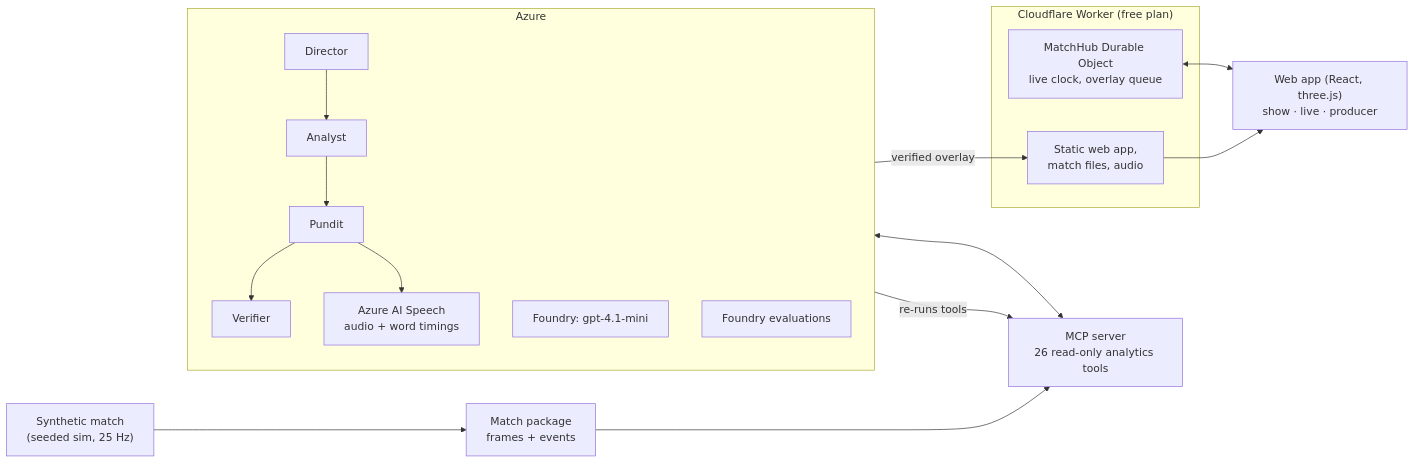
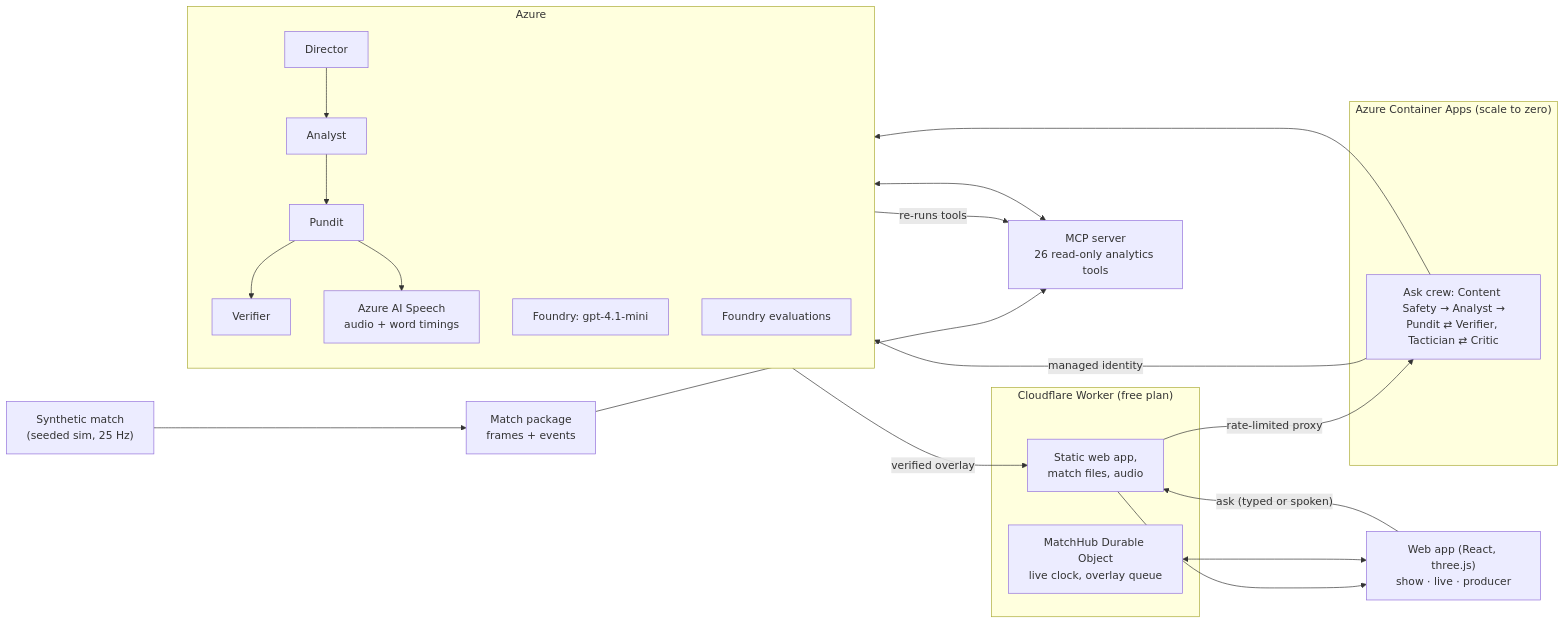
Before and after one commit to manuareraa/absolute-scenes: the diagram in README.md, drawn with Mermaid. The commit also changed other lines of this file and 2 other files, not shown here.

Commit message:
Landing and README: show live Ask, the what-if crew, Container Apps and Content Safety

````diff
--- a/README.md
+++ b/README.md
@@ -32,22 +36,29 @@
 ```mermaid
 flowchart LR
   sim["Synthetic match<br/>(seeded sim, 25 Hz)"] --> pkg["Match package<br/>frames + events"]
   pkg --> mcp["MCP server<br/>26 read-only analytics tools"]
   subgraph Azure
     direction TB
     dir["Director"] --> ana["Analyst"] --> pun["Pundit"] --> ver["Verifier"]
     llm["Foundry: gpt-4.1-mini"]
     tts["Azure AI Speech<br/>audio + word timings"]
     ev["Foundry evaluations"]
   end
   mcp <--> ana
   ver -- re-runs tools --> mcp
   pun --> tts
   ver -- verified overlay --> cf
   subgraph Cloudflare["Cloudflare Worker (free plan)"]
     cf["Static web app,<br/>match files, audio"]
     hub["MatchHub Durable Object<br/>live clock, overlay queue"]
   end
   cf --> web["Web app (React, three.js)<br/>show · live · producer"]
   hub <--> web
+  web -- "ask (typed or spoken)" --> cf
+  cf -- "rate-limited proxy" --> aca
+  subgraph ACA["Azure Container Apps (scale to zero)"]
+    aca["Ask crew: Content Safety → Analyst →<br/>Pundit ⇄ Verifier, Tactician ⇄ Critic"]
+  end
+  aca -- "managed identity" --> llm
+  aca --> tts
 ```
````
